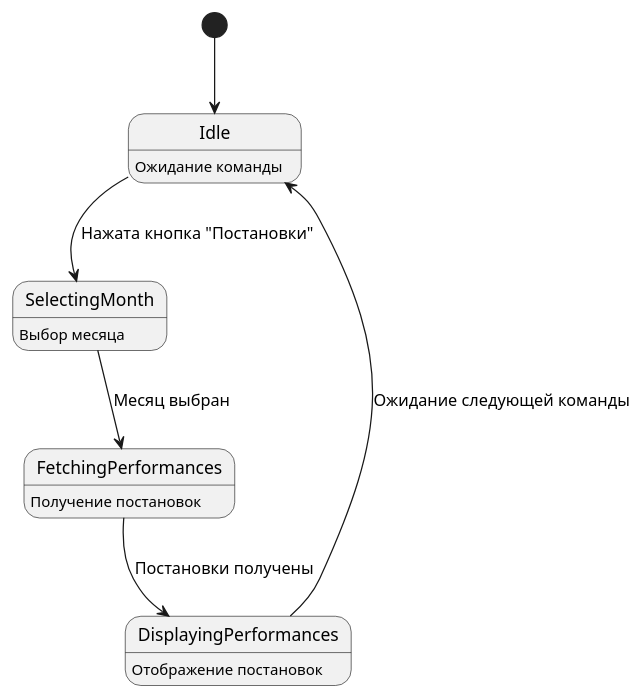
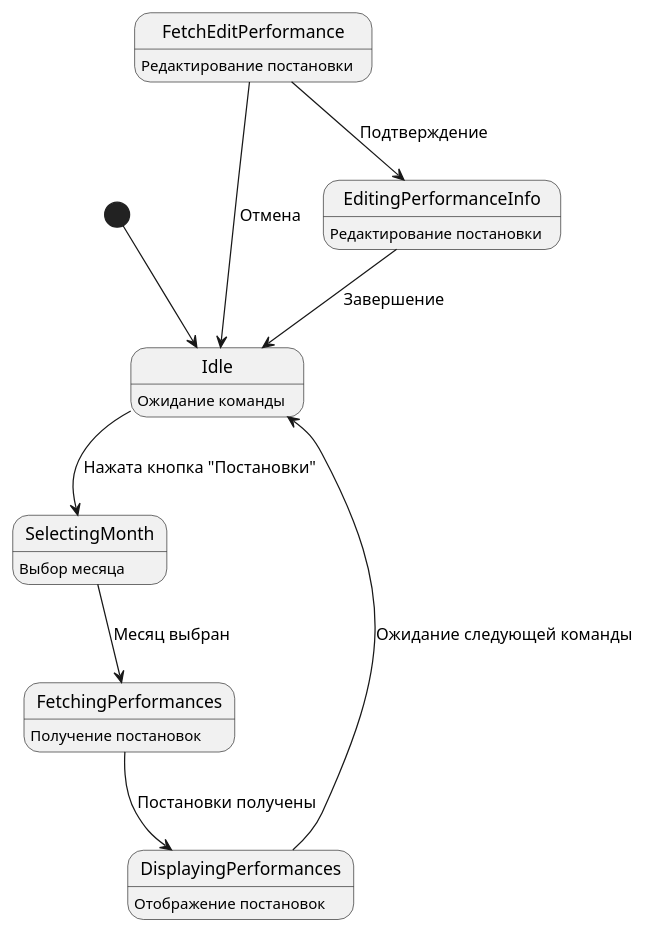
One commit to sinseiwas/PROspekt_bot changed the diagram in docs/diagrams/theatre_status.puml. Above: the diagram before and after it, drawn with PlantUML. The commit also changed 8 other files, not shown here.

```diff
--- a/docs/diagrams/theatre_status.puml
+++ b/docs/diagrams/theatre_status.puml
@@ -1,12 +1,19 @@
 @startuml
 [*] --> Idle
 
 Idle : Ожидание команды
 Idle --> SelectingMonth : Нажата кнопка "Постановки"
 SelectingMonth : Выбор месяца
 SelectingMonth --> FetchingPerformances : Месяц выбран
 FetchingPerformances : Получение постановок
 FetchingPerformances --> DisplayingPerformances : Постановки получены
 DisplayingPerformances : Отображение постановок
 DisplayingPerformances --> Idle : Ожидание следующей команды
+
+FetchEditPerformance : Редактирование постановки
+FetchEditPerformance --> Idle : Отмена
+FetchEditPerformance --> EditingPerformanceInfo : Подтверждение
+
+EditingPerformanceInfo : Редактирование постановки
+EditingPerformanceInfo --> Idle : Завершение
 @enduml
```
